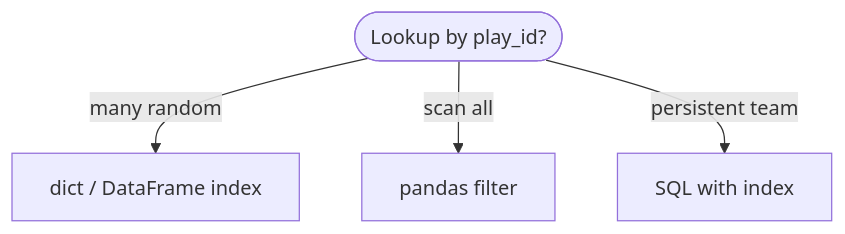
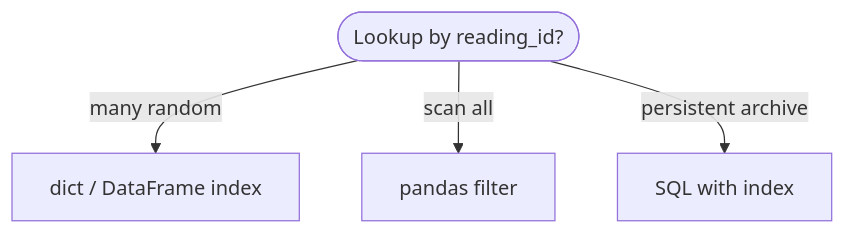
Before and after one commit to qgjones9/python-programming-guide: the fifth of 6 diagrams in docs/dsa/data-structures/hash-table/index.md, drawn with Mermaid. The commit also changed other lines of this file and 29 other files, not shown here.

````diff
--- a/docs/dsa/data-structures/hash-table/index.md
+++ b/docs/dsa/data-structures/hash-table/index.md
@@ -559,7 +550,7 @@
 ```mermaid
 flowchart TD
-  Q([Lookup by play_id?])
+  Q([Lookup by reading_id?])
   Q -->|many random| DICT["dict / DataFrame index"]
   Q -->|scan all| DF["pandas filter"]
-  Q -->|persistent team| DB["SQL with index"]
+  Q -->|persistent archive| DB["SQL with index"]
 ```
````
